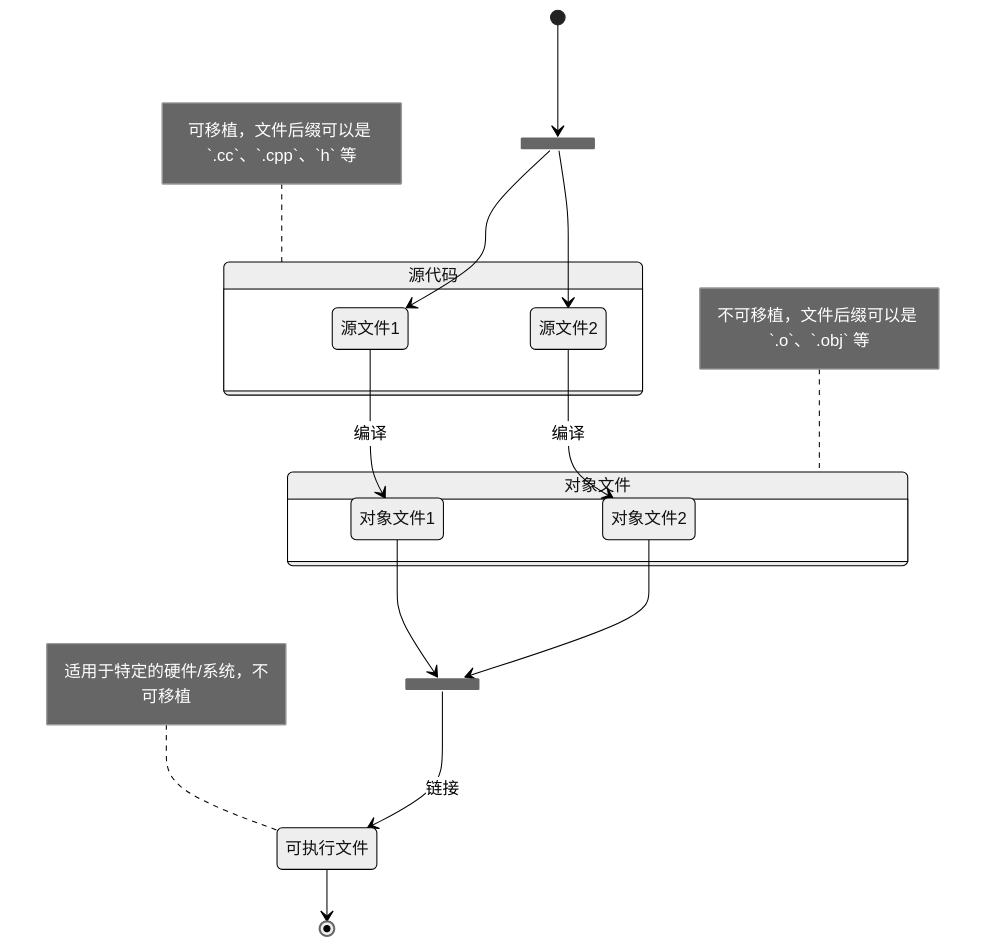
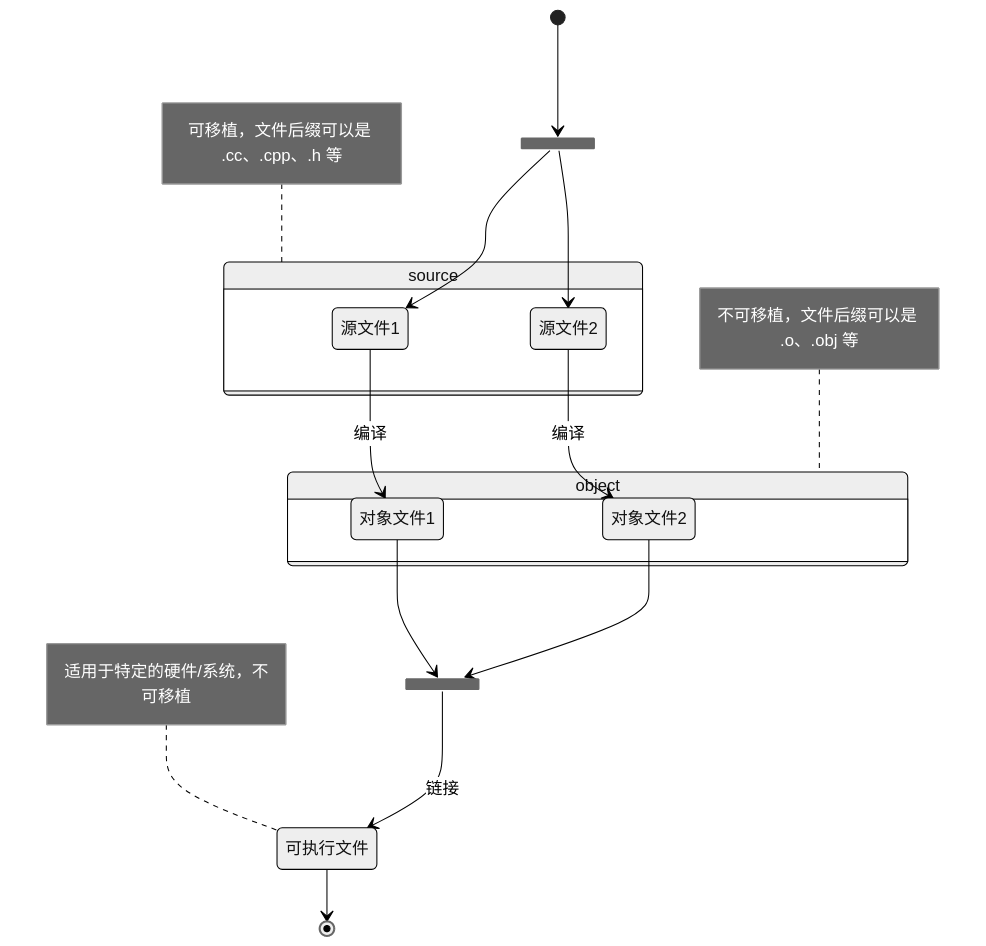
The diagram in doc/start/use.md (xinetzone/cpp-book), drawn with Mermaid (neutral theme) before and after one commit. The commit also changed 5 other files, not shown here.

````diff
--- a/doc/start/use.md
+++ b/doc/start/use.md
@@ -5,42 +5,34 @@
 ```{mermaid}
-stateDiagram-v2
-    source: 源代码
-    state source {
-        s1: 源文件1
-        s2: 源文件2
-    }
+stateDiagram
+  direction TB
+  state input <<fork>>
+  state output <<join>>
+  state source {
+    direction TB
+    s1
+    s2
+  }
+  state object {
+    direction TB
+    o1
+    o2
+  }
+  [*] --> input
+  input --> s1
+  input --> s2
+  s1 --> o1:编译
+  s2 --> o2:编译
+  o1 --> output
+  o2 --> output
+  output --> e:链接
+  e --> [*]
+  s1:源文件1
+  s2:源文件2
+  o1:对象文件1
+  o2:对象文件2
+  e:可执行文件
+  note left of source : 可移植，文件后缀可以是 .cc、.cpp、.h 等
+  note left of object : 不可移植，文件后缀可以是 .o、.obj 等
+  note left of e : 适用于特定的硬件/系统，不可移植
 
-    object: 对象文件
-    state object {
-        o1: 对象文件1
-        o2: 对象文件2
-    }
-
-    e: 可执行文件
-
-    state input <<fork>>
-        [*] --> input
-        input --> s1
-        input --> s2
-
-        s1 --> o1: 编译
-        s2 --> o2: 编译
-
-        state output <<join>>
-        o1 --> output
-        o2 --> output
-        output --> e: 链接
-        e --> [*]
-        
-     note left of source
-         可移植，文件后缀可以是 `.cc`、`.cpp`、`h` 等
-     end note
-     
-     note left of object
-         不可移植，文件后缀可以是 `.o`、`.obj` 等
-     end note
-        
-     note left of e
-         适用于特定的硬件/系统，不可移植
-     end note
 ```
````
